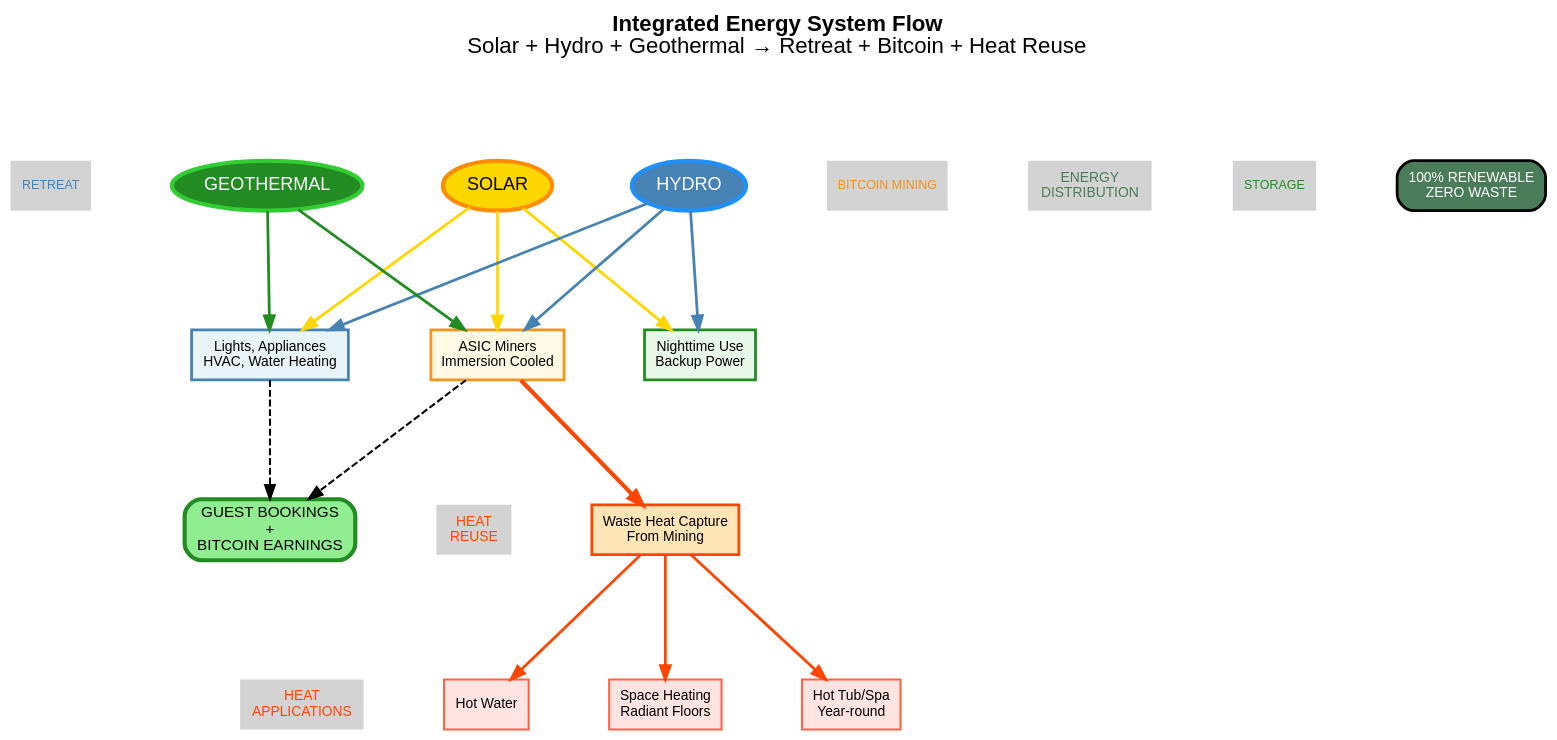
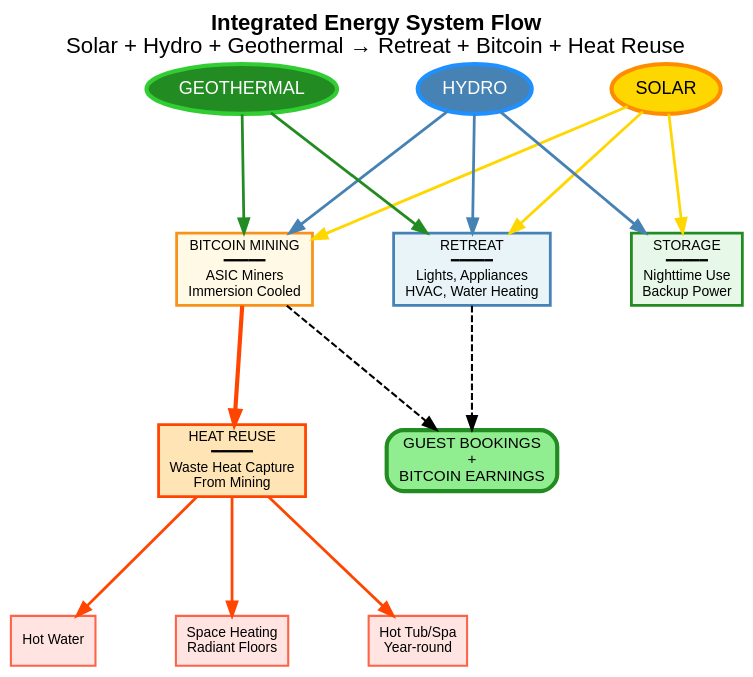
The diagram in scripts/image-generation/diagrams/energy_flow.dot (offgridfarmstays/website), drawn with Graphviz before and after one commit. The commit also changed 8 other files, not shown here.

```diff
--- a/scripts/image-generation/diagrams/energy_flow.dot
+++ b/scripts/image-generation/diagrams/energy_flow.dot
@@ -1,97 +1,71 @@
 // Energy Flow Diagram for Offgrid Farmstays
 // Generate with: dot -Tpng energy_flow.dot -o ../../assets/diagrams/energy_flow.png
 
 digraph EnergyFlow {
     // Graph settings
     rankdir=TB;
     bgcolor="transparent";
     fontname="Arial";
     compound=true;
     nodesep=0.8;
     ranksep=1.2;
 
     // Node styles
     node [fontname="Arial", fontsize=11, style=filled];
 
     // Energy source nodes
     solar [label="SOLAR", shape=ellipse, fillcolor="#FFD700", fontcolor=black, penwidth=3, color="#FF8C00", fontsize=13];
     hydro [label="HYDRO", shape=ellipse, fillcolor="#4682B4", fontcolor=white, penwidth=3, color="#1E90FF", fontsize=13];
     geo [label="GEOTHERMAL", shape=ellipse, fillcolor="#228B22", fontcolor=white, penwidth=3, color="#32CD32", fontsize=13];
 
-    // Energy distribution label (rotated, positioned to side)
-    dist_label [label="ENERGY\nDISTRIBUTION", shape=plaintext, fontsize=10, fontcolor="#4A7C59"];
-
-    // Distribution nodes
-    retreat [label="Lights, Appliances\nHVAC, Water Heating", shape=box, fillcolor="#E8F4F8", color="#4682B4", penwidth=2, fontsize=10];
-    mining [label="ASIC Miners\nImmersion Cooled", shape=box, fillcolor="#FFF9E6", color="#F7931A", penwidth=2, fontsize=10];
-    battery [label="Nighttime Use\nBackup Power", shape=box, fillcolor="#E8F8E8", color="#228B22", penwidth=2, fontsize=10];
-
-    // Section labels as separate nodes
-    retreat_label [label="RETREAT", shape=plaintext, fontsize=9, fontcolor="#4682B4"];
-    mining_label [label="BITCOIN MINING", shape=plaintext, fontsize=9, fontcolor="#F7931A"];
-    battery_label [label="STORAGE", shape=plaintext, fontsize=9, fontcolor="#228B22"];
-
-    // Heat reuse label
-    heat_label [label="HEAT\nREUSE", shape=plaintext, fontsize=10, fontcolor="#FF4500"];
+    // Distribution nodes with titles inside
+    retreat [label="RETREAT\n━━━━━\nLights, Appliances\nHVAC, Water Heating", shape=box, fillcolor="#E8F4F8", color="#4682B4", penwidth=2, fontsize=10];
+    mining [label="BITCOIN MINING\n━━━━━\nASIC Miners\nImmersion Cooled", shape=box, fillcolor="#FFF9E6", color="#F7931A", penwidth=2, fontsize=10];
+    battery [label="STORAGE\n━━━━━\nNighttime Use\nBackup Power", shape=box, fillcolor="#E8F8E8", color="#228B22", penwidth=2, fontsize=10];
 
     // Heat reuse node
-    heat [label="Waste Heat Capture\nFrom Mining", shape=box, fillcolor="#FFE4B5", color="#FF4500", penwidth=2, fontsize=10];
-
-    // Heat applications label
-    heat_apps_label [label="HEAT\nAPPLICATIONS", shape=plaintext, fontsize=10, fontcolor="#FF4500"];
+    heat [label="HEAT REUSE\n━━━━━\nWaste Heat Capture\nFrom Mining", shape=box, fillcolor="#FFE4B5", color="#FF4500", penwidth=2, fontsize=10];
 
     // Heat applications
     hotwater [label="Hot Water", shape=box, fillcolor="#FFE4E1", color="#FF6347", penwidth=1.5, fontsize=10];
     heating [label="Space Heating\nRadiant Floors", shape=box, fillcolor="#FFE4E1", color="#FF6347", penwidth=1.5, fontsize=10];
     hottub [label="Hot Tub/Spa\nYear-round", shape=box, fillcolor="#FFE4E1", color="#FF6347", penwidth=1.5, fontsize=10];
 
     // Revenue
     revenue [label="GUEST BOOKINGS\n+\nBITCOIN EARNINGS", shape=box, style="filled,rounded", fillcolor="#90EE90", color="#228B22", penwidth=3, fontsize=11];
 
-    // Badge
-    badge [label="100% RENEWABLE\nZERO WASTE", shape=box, style="filled,rounded", fillcolor="#4A7C59", fontcolor=white, penwidth=2, fontsize=10];
-
     // Rank groupings
     {rank=same; solar; hydro; geo;}
-    {rank=same; dist_label; retreat_label; mining_label; battery_label;}
     {rank=same; retreat; mining; battery;}
-    {rank=same; heat_label; heat;}
-    {rank=same; heat_apps_label; hotwater; heating; hottub;}
+    {rank=same; heat;}
+    {rank=same; hotwater; heating; hottub;}
 
     // Energy source connections to distribution
     solar -> retreat [penwidth=2, color="#FFD700"];
     solar -> mining [penwidth=2, color="#FFD700"];
     solar -> battery [penwidth=2, color="#FFD700"];
 
     hydro -> retreat [penwidth=2, color="#4682B4"];
     hydro -> mining [penwidth=2, color="#4682B4"];
     hydro -> battery [penwidth=2, color="#4682B4"];
 
     geo -> retreat [penwidth=2, color="#228B22"];
     geo -> mining [penwidth=2, color="#228B22"];
 
-    // Label to node invisible connections for positioning
-    dist_label -> retreat_label [style=invis];
-    retreat_label -> retreat [style=invis];
-    mining_label -> mining [style=invis];
-    battery_label -> battery [style=invis];
-
     // Heat connections
     mining -> heat [penwidth=3, color="#FF4500"];
-    heat_label -> heat [style=invis];
 
     // Heat applications
     heat -> hotwater [penwidth=2, color="#FF4500"];
     heat -> heating [penwidth=2, color="#FF4500"];
     heat -> hottub [penwidth=2, color="#FF4500"];
-    heat_apps_label -> hotwater [style=invis];
 
     // Revenue connections
     retreat -> revenue [style=dashed, penwidth=1.5];
     mining -> revenue [style=dashed, penwidth=1.5];
 
     // Title
     labelloc="t";
     label=<<b>Integrated Energy System Flow</b><br/>Solar + Hydro + Geothermal → Retreat + Bitcoin + Heat Reuse>;
     fontsize=16;
 }
```
